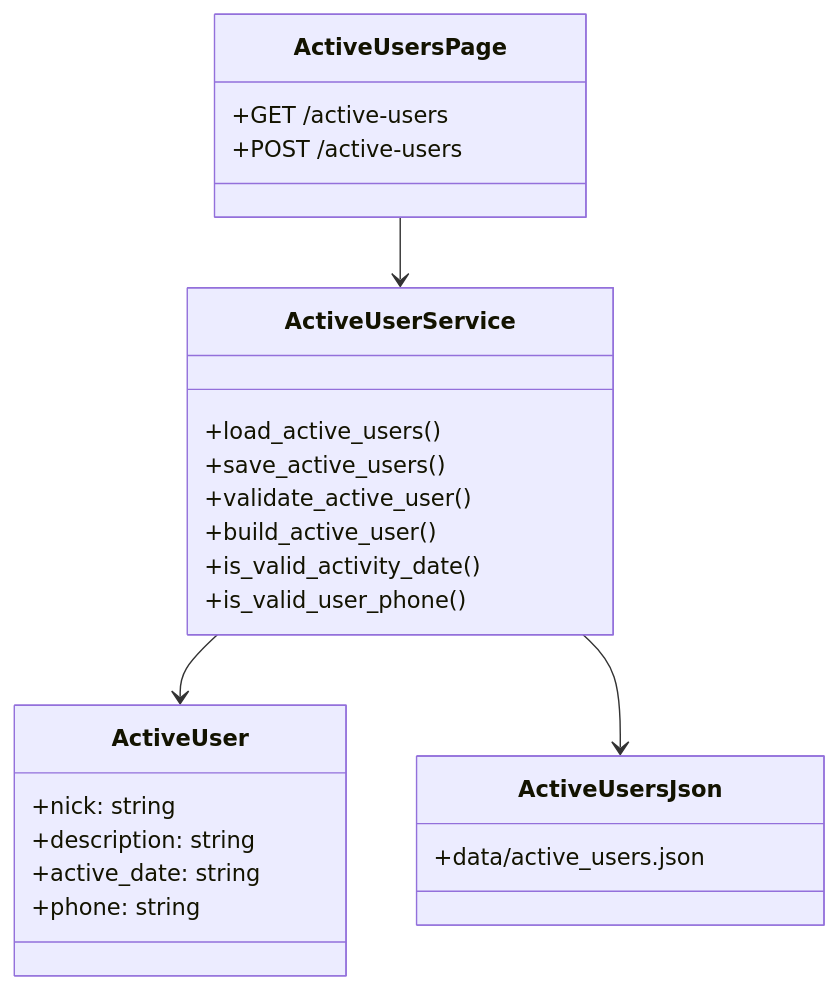
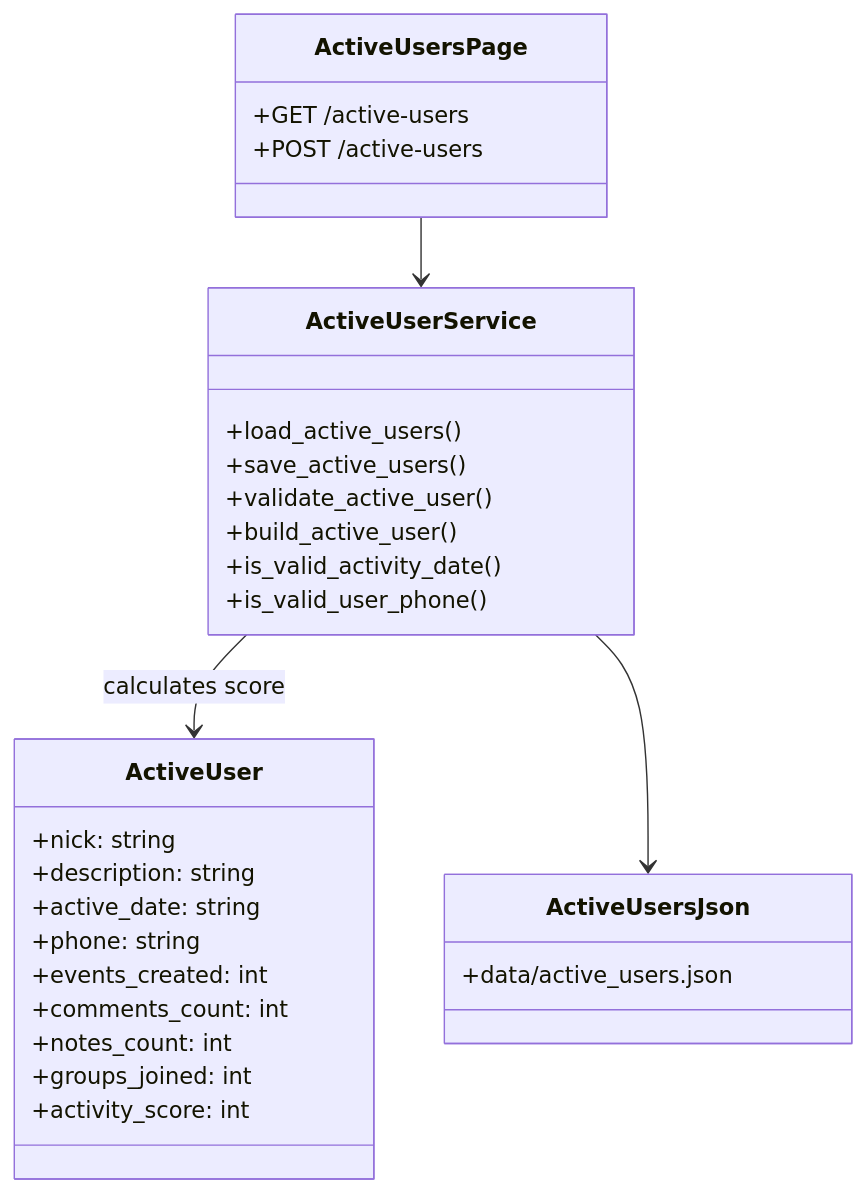
The diagram in TaskMgr/TaskMgr/REPORT.md (ABOKADO228/TaskManager_stpr), drawn with Mermaid before and after one commit. The commit also changed other lines of this file and 3 other files, not shown here.

````diff
--- a/TaskMgr/TaskMgr/REPORT.md
+++ b/TaskMgr/TaskMgr/REPORT.md
@@ -34,31 +35,36 @@
 ```mermaid
 classDiagram
     class ActiveUsersPage {
         +GET /active-users
         +POST /active-users
     }
 
     class ActiveUserService {
         +load_active_users()
         +save_active_users()
         +validate_active_user()
         +build_active_user()
         +is_valid_activity_date()
         +is_valid_user_phone()
     }
 
     class ActiveUser {
         +nick: string
         +description: string
         +active_date: string
         +phone: string
+        +events_created: int
+        +comments_count: int
+        +notes_count: int
+        +groups_joined: int
+        +activity_score: int
     }
 
     class ActiveUsersJson {
         +data/active_users.json
     }
 
     ActiveUsersPage --> ActiveUserService
-    ActiveUserService --> ActiveUser
+    ActiveUserService --> ActiveUser : calculates score
     ActiveUserService --> ActiveUsersJson
 ```
````
